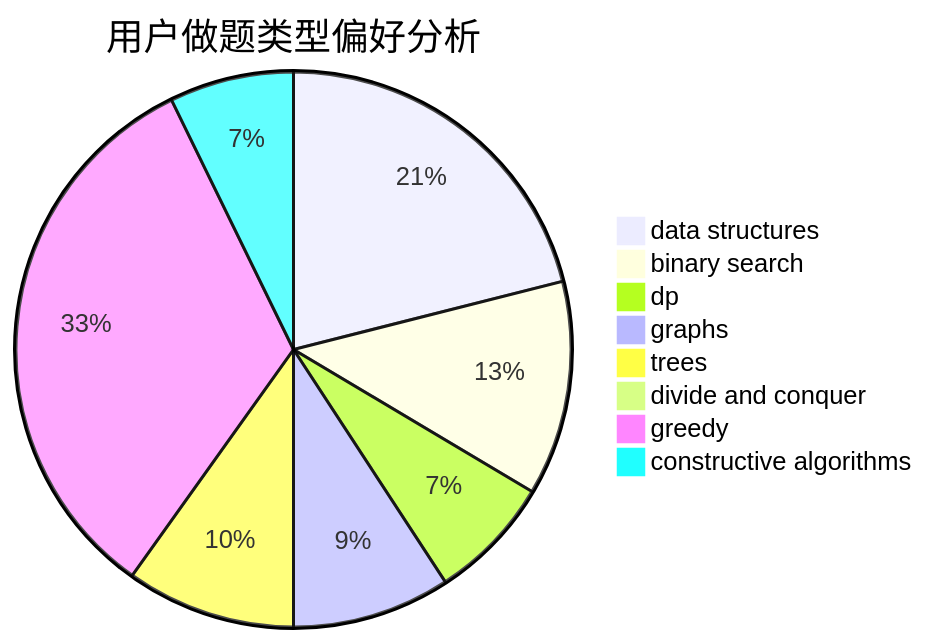
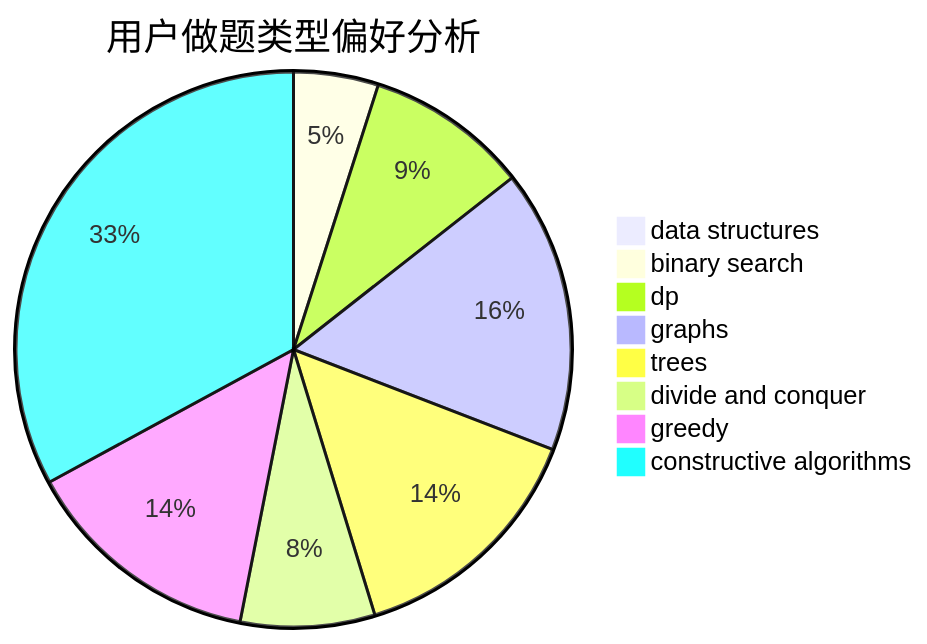
One commit to sherpahu/cfrs.github.io changed the second of 3 diagrams in docs/user/u1443.md. Above: the diagram before and after it, drawn with Mermaid. The commit also changed other lines of this file and 2770 other files, not shown here.

````diff
--- a/docs/user/u1443.md
+++ b/docs/user/u1443.md
@@ -23,11 +23,11 @@
 ```mermaid
 pie title 用户做题类型偏好分析
-    "data structures" :  32
-    "binary search" :  19
-    "dp" :  11
-    "graphs" :  14
-    "trees" :  15
-    "divide and conquer" :  0
-    "greedy" :  50
-    "constructive algorithms" :  11
+    "data structures" :  0
+    "binary search" :  12
+    "dp" :  23
+    "graphs" :  40
+    "trees" :  35
+    "divide and conquer" :  19
+    "greedy" :  34
+    "constructive algorithms" :  80
 ```
````
